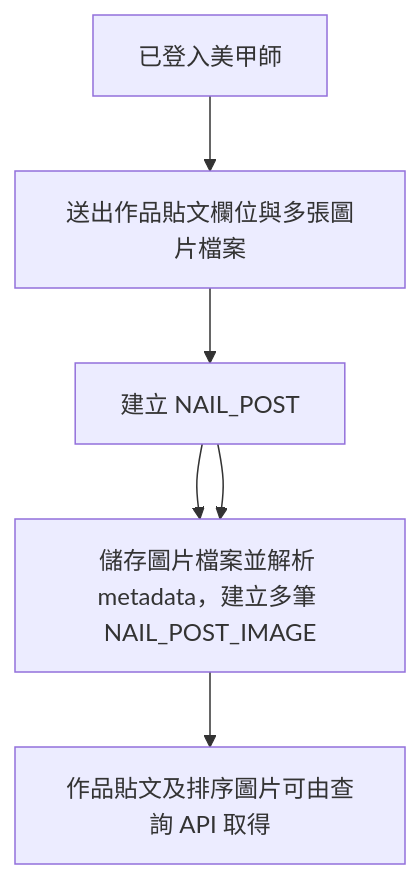
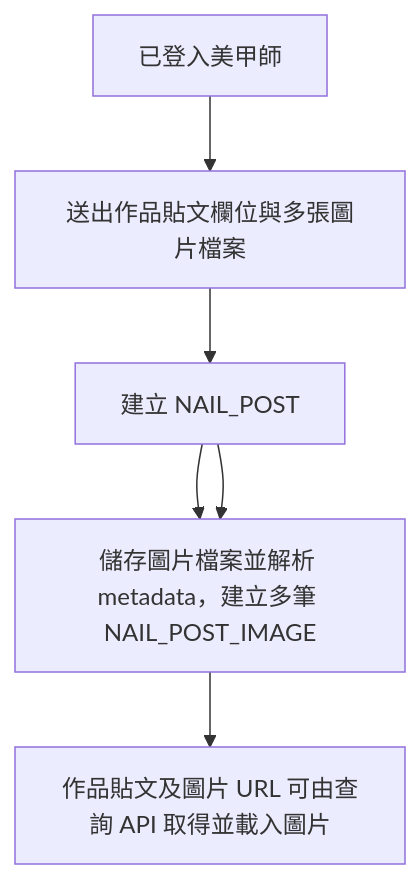
One commit to azsxdc5595/nail-saas-backend changed the third of 4 diagrams in docs/05_UserFlow/Core-Flows.md. Above: the diagram before and after it, drawn with Mermaid. The commit also changed other lines of this file and 12 other files, not shown here.

Commit message:
調整作品貼文與圖片查詢、存取及權限控管 更新作品貼文、服務項目 API 文件與使用流程 新增可重複執行的 Oracle 測試資料 移除已整合至正式設計的 USER_ROLE 提案檔

````diff
--- a/docs/05_UserFlow/Core-Flows.md
+++ b/docs/05_UserFlow/Core-Flows.md
@@ -115,13 +115,13 @@
 ```mermaid
 flowchart TD
     A[已登入美甲師]
     B[送出作品貼文欄位與多張圖片檔案]
     C[建立 NAIL_POST]
     C --> C2[儲存圖片檔案並解析 metadata，建立多筆 NAIL_POST_IMAGE]
-    D[作品貼文及排序圖片可由查詢 API 取得]
+    D[作品貼文及圖片 URL 可由查詢 API 取得並載入圖片]
 
     A --> B
     B --> C
     C --> C2
     C2 --> D
 ```
````
